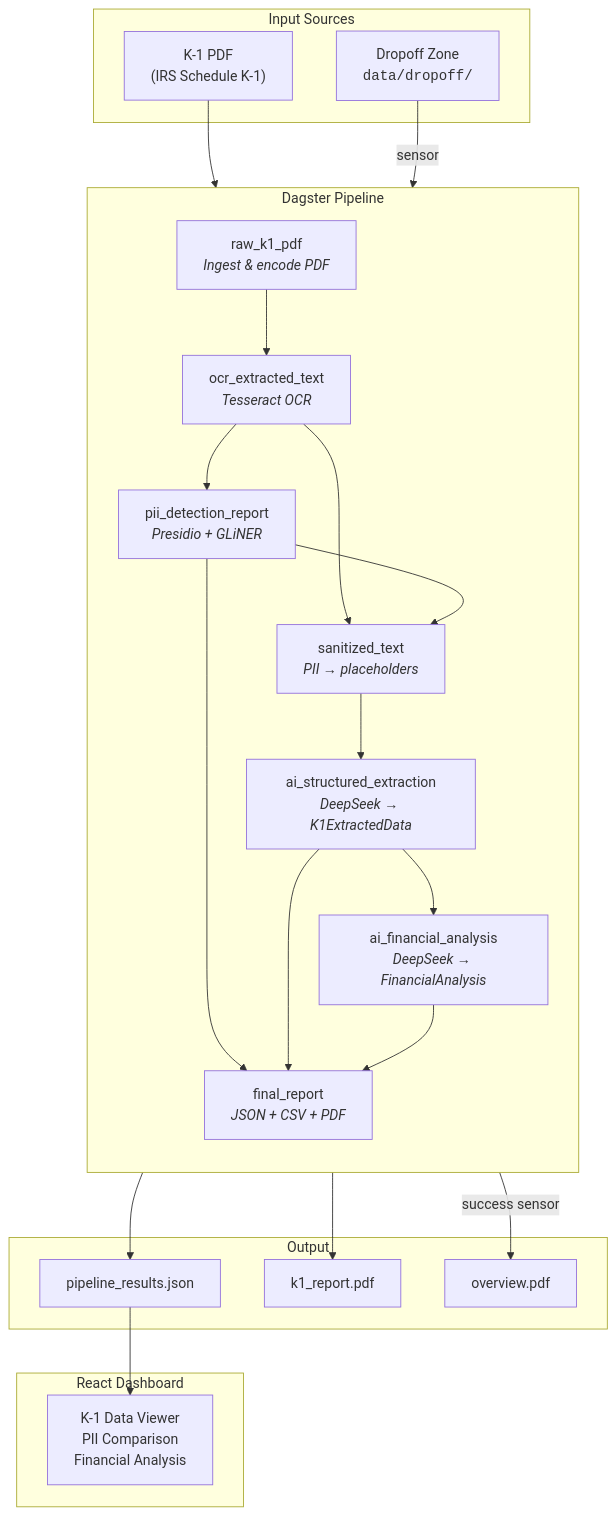
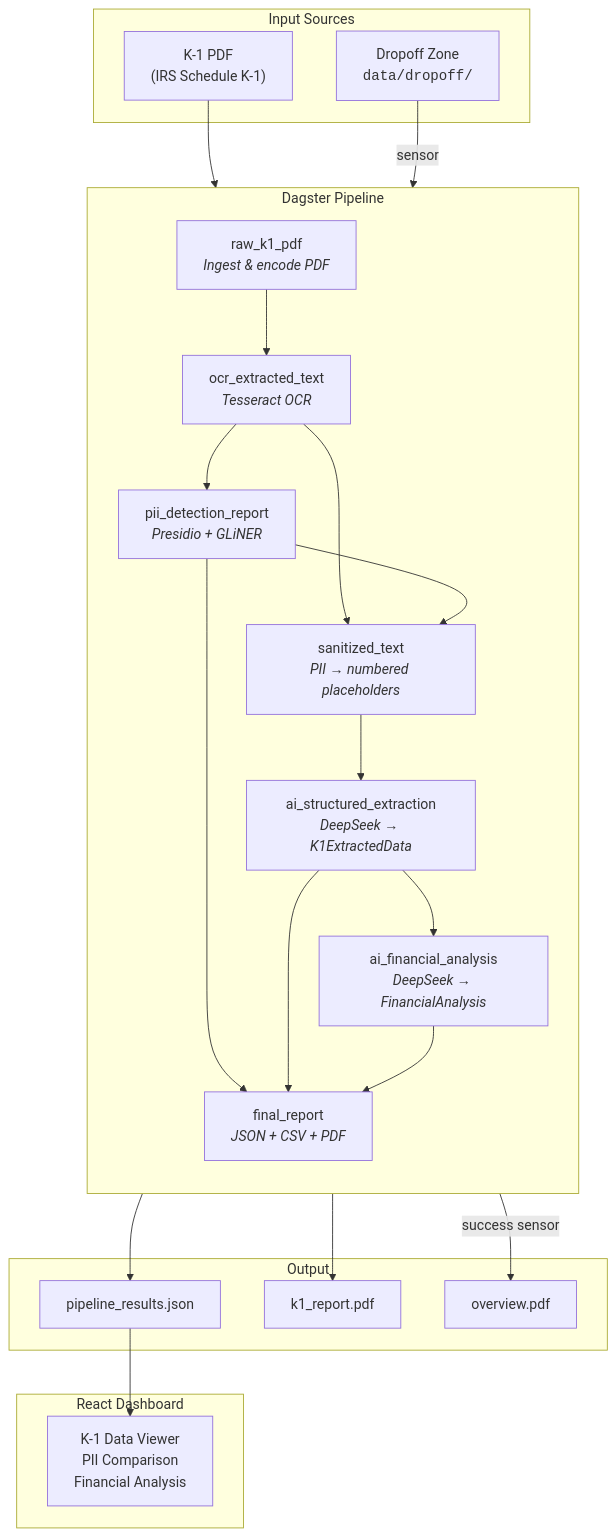
The first of 6 diagrams in README.md (danielpodrazka/dagster-document-intelligence), drawn with Mermaid before and after one commit. The commit also changed other lines of this file, not shown here.

Commit message:
Update README to reflect instance-aware PII placeholders

````diff
--- a/README.md
+++ b/README.md
@@ -11,44 +11,44 @@
 ```mermaid
 graph TB
     subgraph Input["Input Sources"]
         A["K-1 PDF<br/>(IRS Schedule K-1)"]
         B["Dropoff Zone<br/><code>data/dropoff/</code>"]
     end
 
     subgraph Dagster["Dagster Pipeline"]
         direction TB
         C["raw_k1_pdf<br/><i>Ingest & encode PDF</i>"]
         D["ocr_extracted_text<br/><i>Tesseract OCR</i>"]
         E["pii_detection_report<br/><i>Presidio + GLiNER</i>"]
-        F["sanitized_text<br/><i>PII → placeholders</i>"]
+        F["sanitized_text<br/><i>PII → numbered placeholders</i>"]
         G["ai_structured_extraction<br/><i>DeepSeek → K1ExtractedData</i>"]
         H["ai_financial_analysis<br/><i>DeepSeek → FinancialAnalysis</i>"]
         I["final_report<br/><i>JSON + CSV + PDF</i>"]
     end
 
     subgraph Output["Output"]
         J["pipeline_results.json"]
         K["k1_report.pdf"]
         L["overview.pdf"]
     end
 
     subgraph Frontend["React Dashboard"]
         M["K-1 Data Viewer<br/>PII Comparison<br/>Financial Analysis"]
     end
 
     A --> C
     B -->|sensor| C
     C --> D
     D --> E
     D --> F
     E --> F
     F --> G
     G --> H
     E --> I
     G --> I
     H --> I
     I --> J
     I --> K
     I -->|success sensor| L
     J --> M
 ```
````
